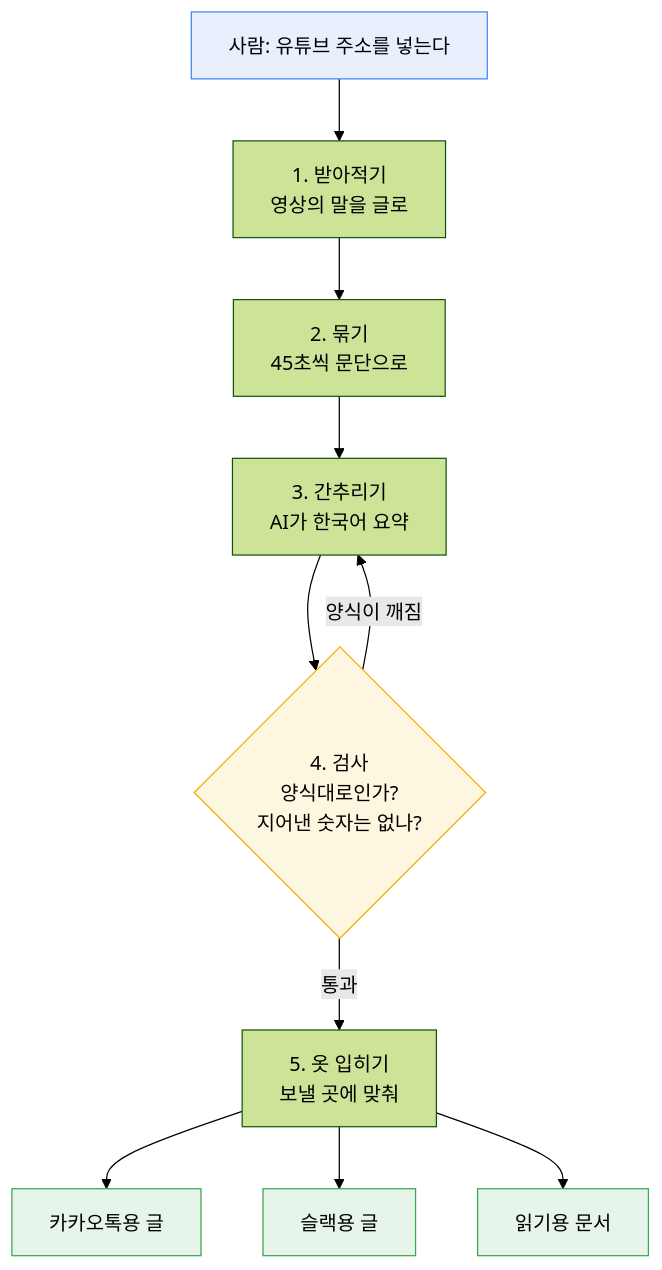
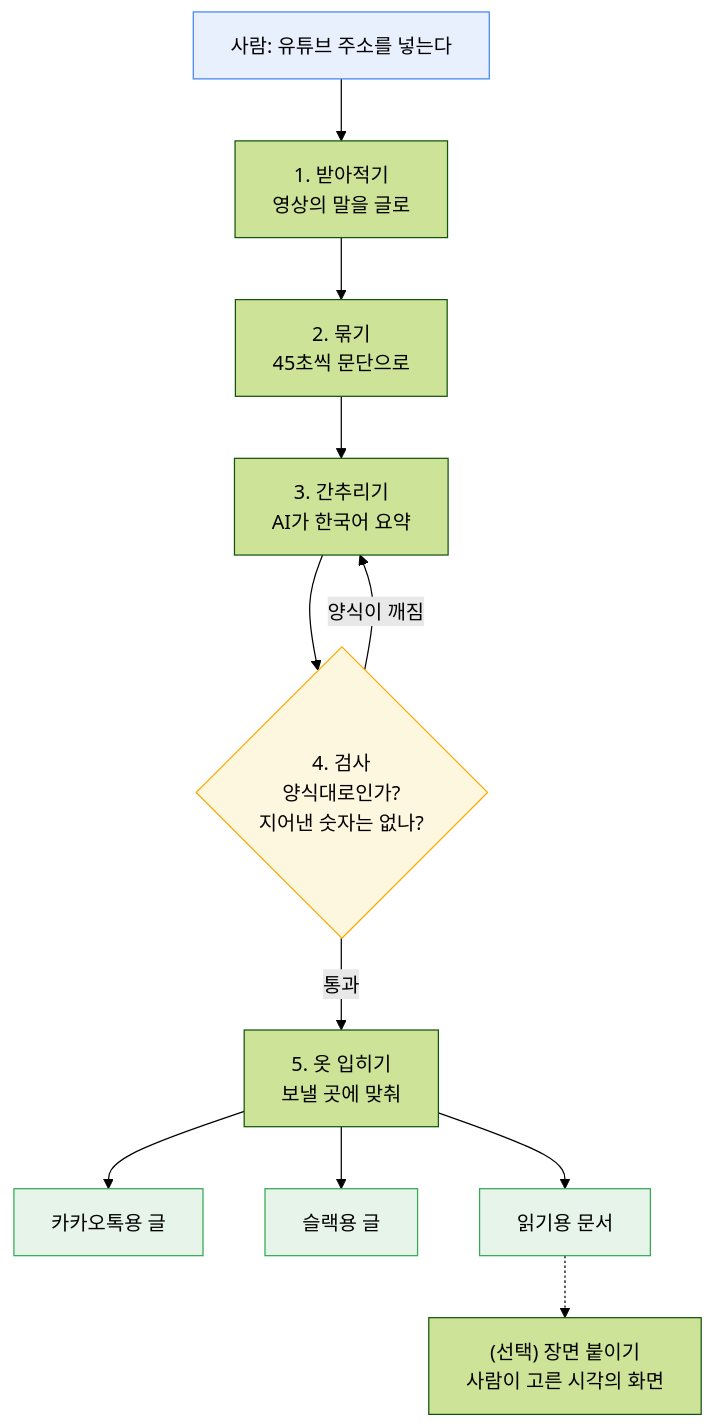
One commit to junh0328/youtube-transcript-extractor changed the first of 4 diagrams in architecture.md. Above: the diagram before and after it, drawn with Mermaid (forest theme). The commit also changed other lines of this file and 8 other files, not shown here.

````diff
--- a/architecture.md
+++ b/architecture.md
@@ -19,18 +19,19 @@
 ```mermaid
 flowchart TD
     A["사람: 유튜브 주소를 넣는다"] --> B["1. 받아적기<br/>영상의 말을 글로"]
     B --> C["2. 묶기<br/>45초씩 문단으로"]
     C --> D["3. 간추리기<br/>AI가 한국어 요약"]
     D --> E{"4. 검사<br/>양식대로인가?<br/>지어낸 숫자는 없나?"}
     E -->|"양식이 깨짐"| D
     E -->|"통과"| F["5. 옷 입히기<br/>보낼 곳에 맞춰"]
     F --> G1["카카오톡용 글"]
     F --> G2["슬랙용 글"]
     F --> G3["읽기용 문서"]
+    G3 -.-> H["(선택) 장면 붙이기<br/>사람이 고른 시각의 화면"]
 
     style A fill:#e8f0fe,stroke:#4285f4
     style E fill:#fef7e0,stroke:#f9ab00
     style G1 fill:#e6f4ea,stroke:#34a853
     style G2 fill:#e6f4ea,stroke:#34a853
     style G3 fill:#e6f4ea,stroke:#34a853
 ```
````
